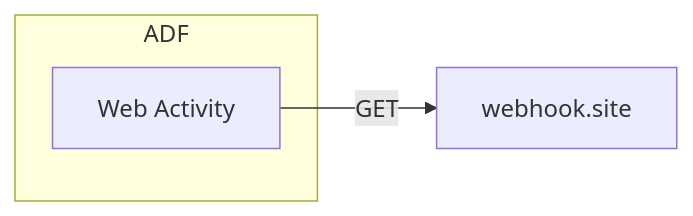
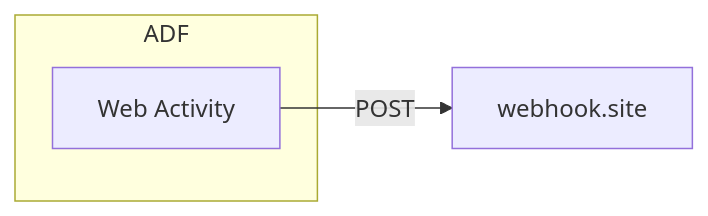
Before and after one commit to salman2learn/adftest: the first of 2 diagrams in README.md, drawn with Mermaid.

````diff
--- a/README.md
+++ b/README.md
@@ -9,8 +9,8 @@
 ```mermaid
 flowchart LR;
 
 subgraph ADF
 	w[Web Activity]
 end
-w -- GET --> webhook.site
+w -- POST --> webhook.site
 ```
````
